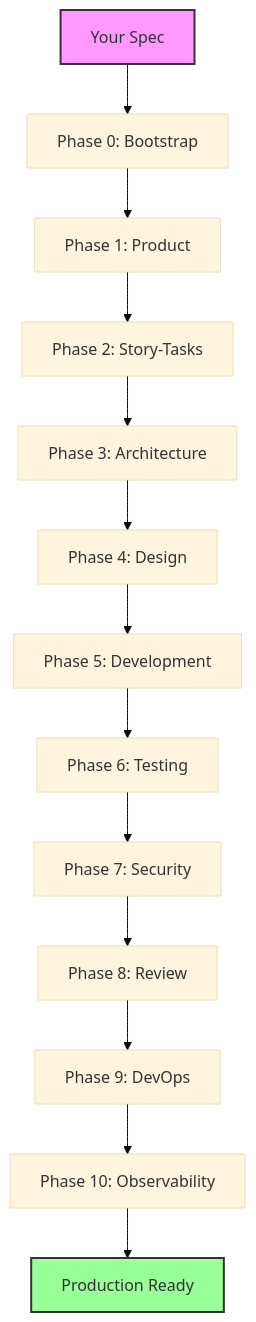
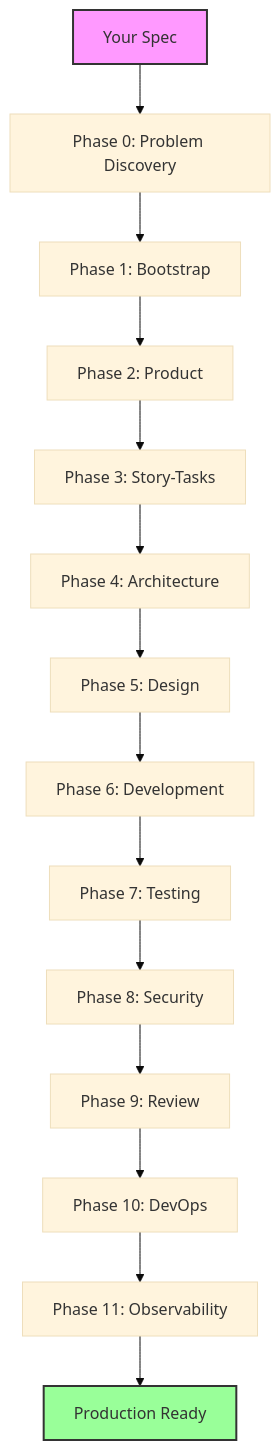
The second of 2 diagrams in docs/getting-started.md (bitbitcodes/autonomous-sdlc), drawn with Mermaid (base theme) before and after one commit. The commit also changed other lines of this file and 131 other files, not shown here.

````diff
--- a/docs/getting-started.md
+++ b/docs/getting-started.md
@@ -135,18 +135,19 @@
 ```mermaid
 flowchart TD
-    SPEC[Your Spec] --> P0[Phase 0: Bootstrap]
-    P0 --> P1[Phase 1: Product]
-    P1 --> P2[Phase 2: Story-Tasks]
-    P2 --> P3[Phase 3: Architecture]
-    P3 --> P4[Phase 4: Design]
-    P4 --> P5[Phase 5: Development]
-    P5 --> P6[Phase 6: Testing]
-    P6 --> P7[Phase 7: Security]
-    P7 --> P8[Phase 8: Review]
-    P8 --> P9[Phase 9: DevOps]
-    P9 --> P10[Phase 10: Observability]
-    P10 --> DONE[Production Ready]
+    SPEC[Your Spec] --> P0[Phase 0: Problem Discovery]
+    P0 --> P1[Phase 1: Bootstrap]
+    P1 --> P2[Phase 2: Product]
+    P2 --> P3[Phase 3: Story-Tasks]
+    P3 --> P4[Phase 4: Architecture]
+    P4 --> P5[Phase 5: Design]
+    P5 --> P6[Phase 6: Development]
+    P6 --> P7[Phase 7: Testing]
+    P7 --> P8[Phase 8: Security]
+    P8 --> P9[Phase 9: Review]
+    P9 --> P10[Phase 10: DevOps]
+    P10 --> P11[Phase 11: Observability]
+    P11 --> DONE[Production Ready]
 
     style SPEC fill:#f9f,stroke:#333,stroke-width:2px
     style DONE fill:#9f9,stroke:#333,stroke-width:2px
 ```
````
